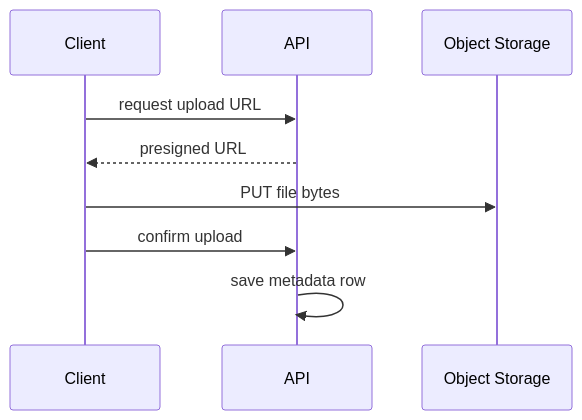
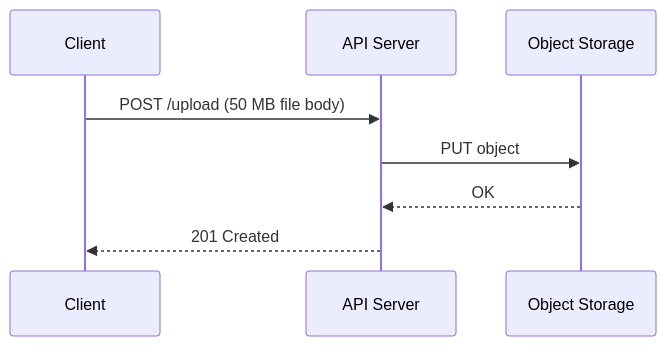
The second of 5 diagrams in fundamentals/11-cdn-object-storage.md (saroj990/system-design), drawn with Mermaid before and after one commit. The commit also changed other lines of this file and 14 other files, not shown here.

````diff
--- a/fundamentals/11-cdn-object-storage.md
+++ b/fundamentals/11-cdn-object-storage.md
@@ -69,11 +178,11 @@
 ```mermaid
 sequenceDiagram
   participant C as Client
-  participant API as API
+  participant API as API Server
   participant S3 as Object Storage
-  C->>API: request upload URL
-  API-->>C: presigned URL
-  C->>S3: PUT file bytes
-  C->>API: confirm upload
-  API->>API: save metadata row
+
+  C->>API: POST /upload (50 MB file body)
+  API->>S3: PUT object
+  S3-->>API: OK
+  API-->>C: 201 Created
 ```
````
